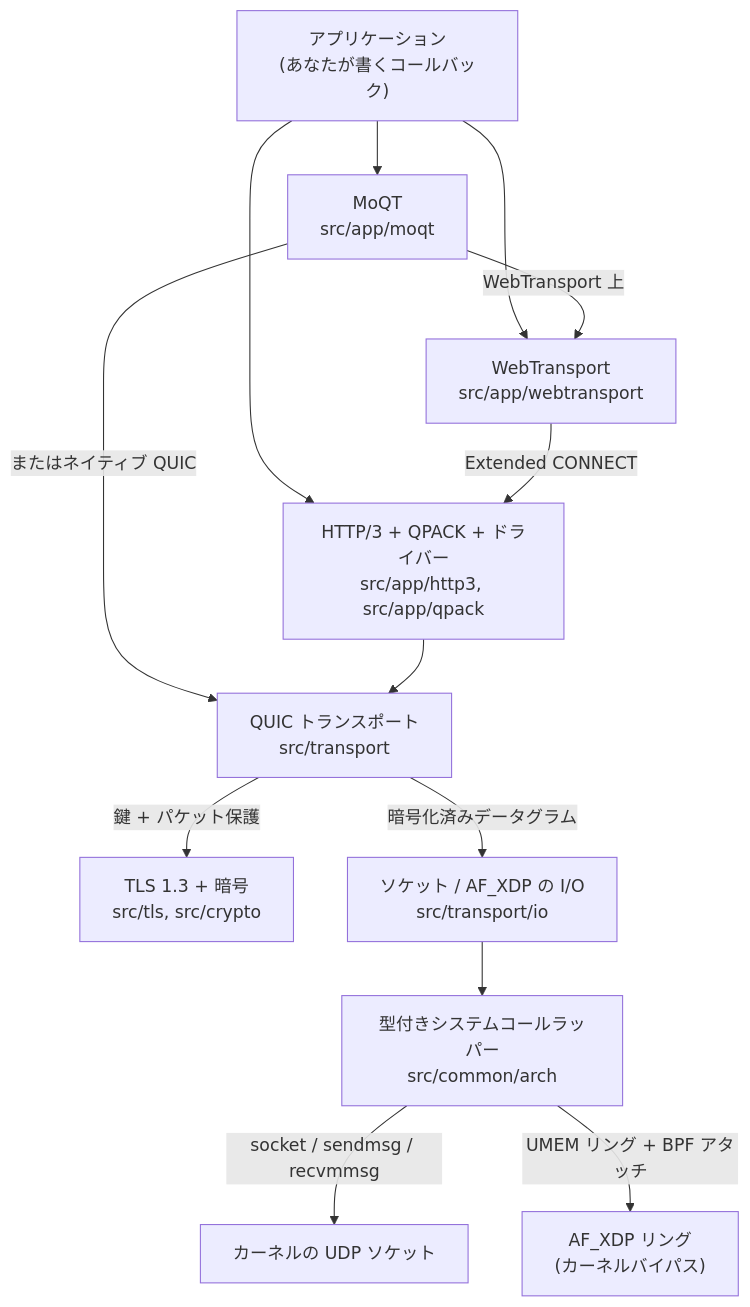
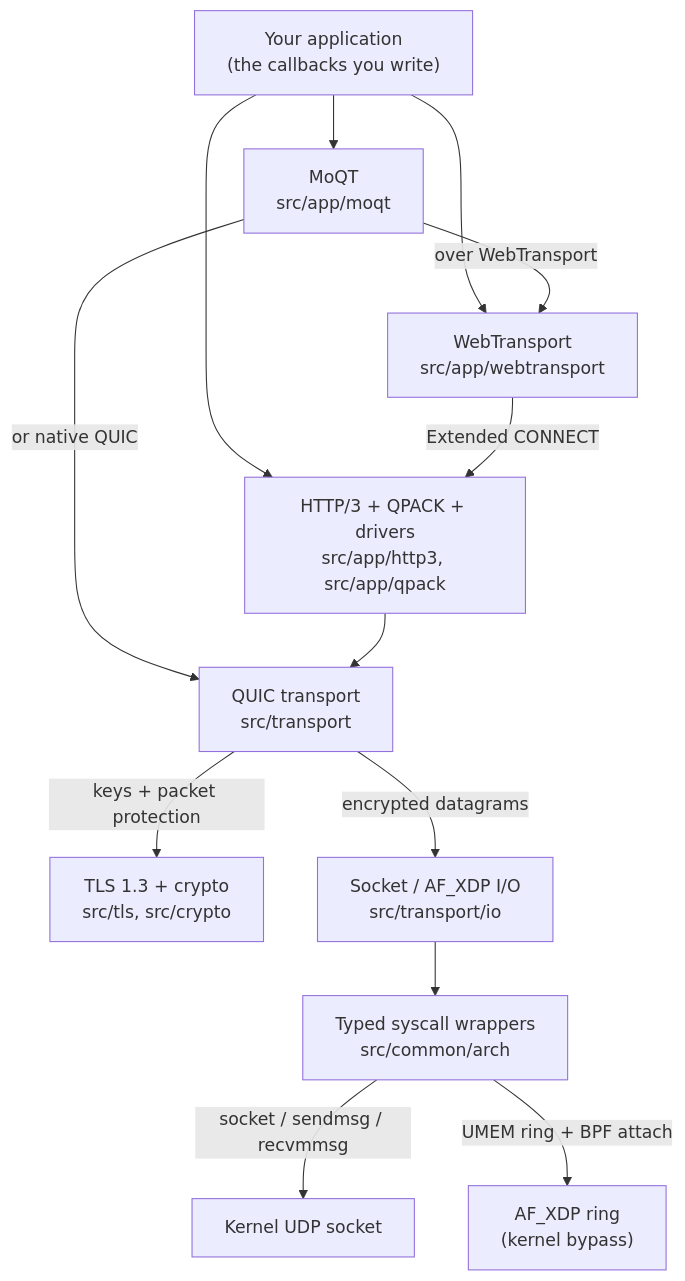
One commit to Hakkadaikon/wired changed the diagram in README.md. Above: the diagram before and after it, drawn with Mermaid.

Commit message:
docs: keep the README's mermaid chart in English
Diagrams stay in English across the translated docs.

````diff
--- a/README.md
+++ b/README.md
@@ -131,25 +131,25 @@
 ```mermaid
 flowchart TD
-  app["アプリケーション<br/>(あなたが書くコールバック)"]
+  app["Your application<br/>(the callbacks you write)"]
   moqt["MoQT<br/>src/app/moqt"]
   wt["WebTransport<br/>src/app/webtransport"]
-  h3["HTTP/3 + QPACK + ドライバー<br/>src/app/http3, src/app/qpack"]
-  quic["QUIC トランスポート<br/>src/transport"]
-  tls["TLS 1.3 + 暗号<br/>src/tls, src/crypto"]
-  io["ソケット / AF_XDP の I/O<br/>src/transport/io"]
-  sys["型付きシステムコールラッパー<br/>src/common/arch"]
-  udp["カーネルの UDP ソケット"]
-  xdp["AF_XDP リング<br/>(カーネルバイパス)"]
+  h3["HTTP/3 + QPACK + drivers<br/>src/app/http3, src/app/qpack"]
+  quic["QUIC transport<br/>src/transport"]
+  tls["TLS 1.3 + crypto<br/>src/tls, src/crypto"]
+  io["Socket / AF_XDP I/O<br/>src/transport/io"]
+  sys["Typed syscall wrappers<br/>src/common/arch"]
+  udp["Kernel UDP socket"]
+  xdp["AF_XDP ring<br/>(kernel bypass)"]
   app --> moqt
   app --> wt
   app --> h3
-  moqt -->|"WebTransport 上"| wt
-  moqt -->|"またはネイティブ QUIC"| quic
+  moqt -->|"over WebTransport"| wt
+  moqt -->|"or native QUIC"| quic
   wt -->|"Extended CONNECT"| h3
   h3 --> quic
-  quic -->|"鍵 + パケット保護"| tls
-  quic -->|"暗号化済みデータグラム"| io
+  quic -->|"keys + packet protection"| tls
+  quic -->|"encrypted datagrams"| io
   io --> sys
   sys -->|"socket / sendmsg / recvmmsg"| udp
-  sys -->|"UMEM リング + BPF アタッチ"| xdp
+  sys -->|"UMEM ring + BPF attach"| xdp
 ```
````
